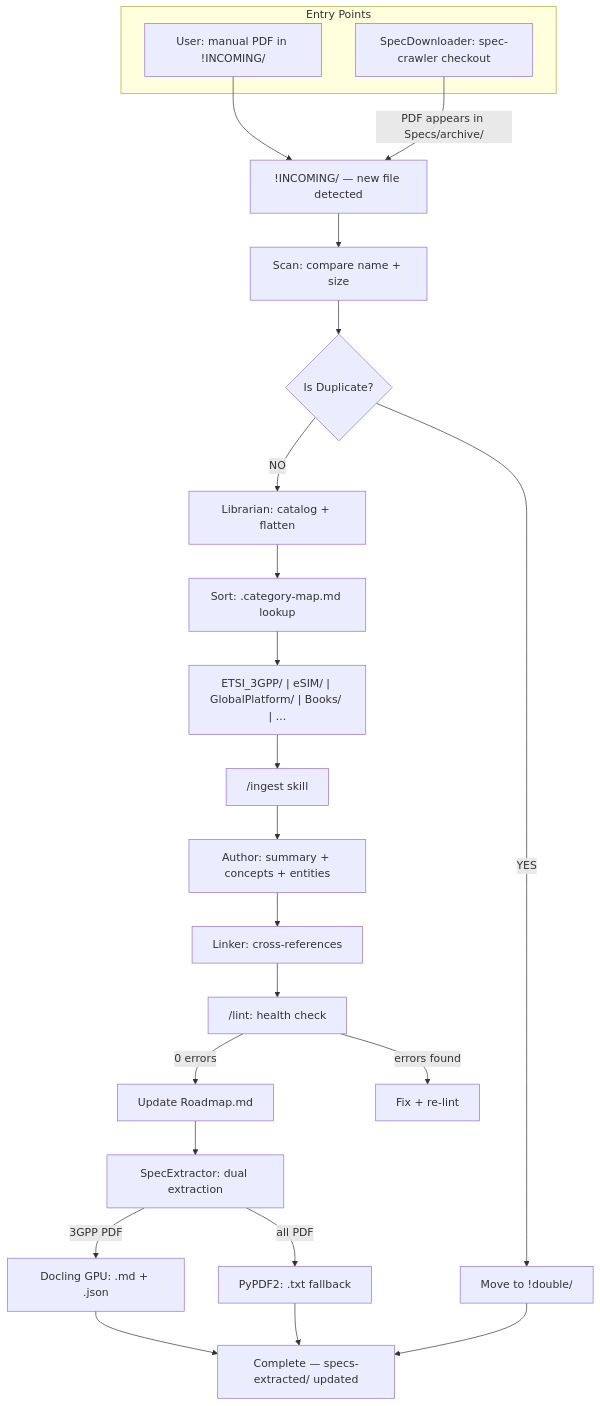
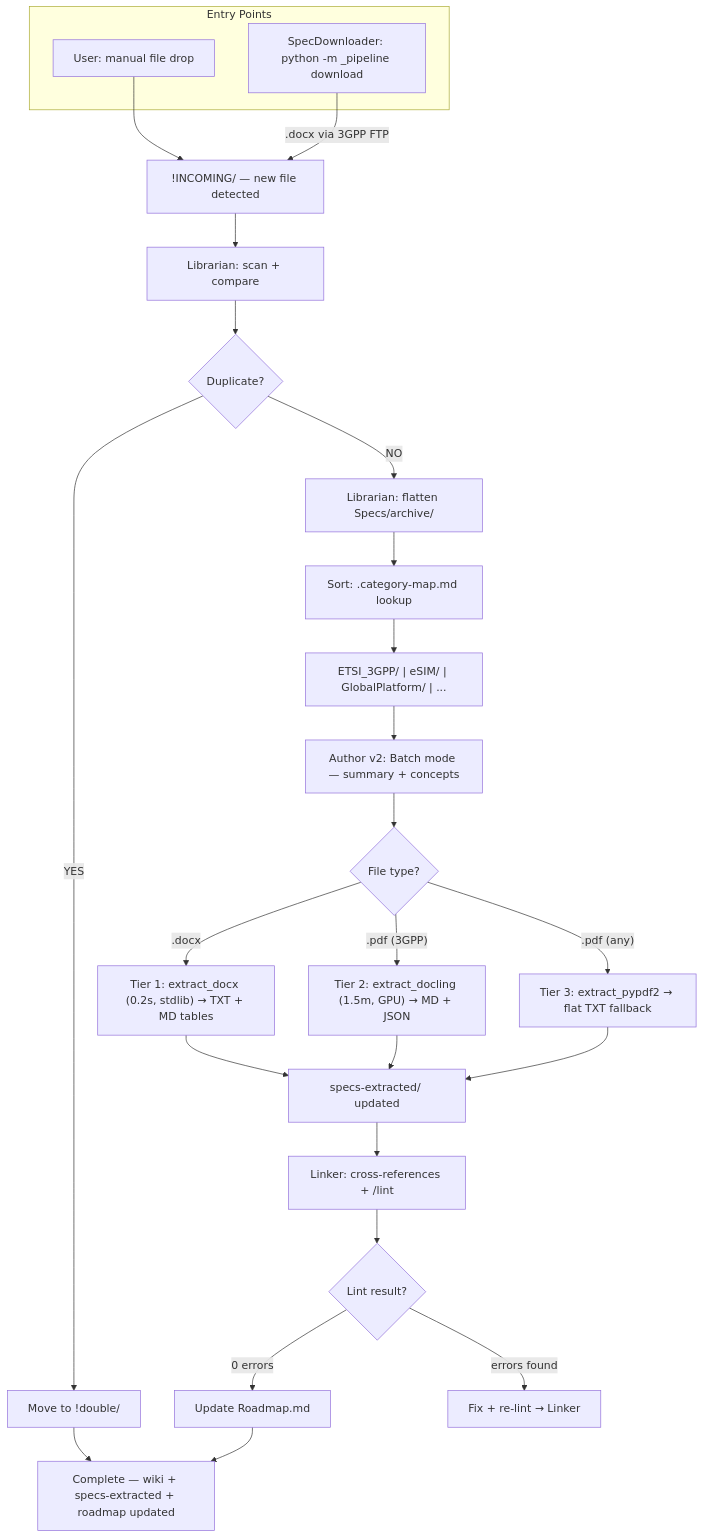
One commit to Say10Code/SpecKit changed the diagram in _tech/diagrams/incoming-pipeline.md. Above: the diagram before and after it, drawn with Mermaid. The commit also changed other lines of this file and 178 other files, not shown here.

````diff
--- a/_tech/diagrams/incoming-pipeline.md
+++ b/_tech/diagrams/incoming-pipeline.md
@@ -3,35 +5,40 @@
 ```mermaid
 flowchart TD
     subgraph "Entry Points"
-        USER["User: manual PDF in !INCOMING/"]
-        SD["SpecDownloader: spec-crawler checkout"]
+        USER["User: manual file drop"]
+        SD["SpecDownloader: python -m _pipeline download"]
     end
 
     USER --> INCOMING["!INCOMING/ — new file detected"]
-    SD -->|"PDF appears in Specs/archive/"| INCOMING
+    SD -->|".docx via 3GPP FTP"| INCOMING
 
-    INCOMING --> SCAN["Scan: compare name + size"]
+    INCOMING --> SCAN["Librarian: scan + compare"]
 
-    SCAN --> DUP{"Is Duplicate?"}
+    SCAN --> DUP{"Duplicate?"}
 
     DUP -->|"YES"| DOUBLE["Move to !double/"]
-    DUP -->|"NO"| LIBRARIAN["Librarian: catalog + flatten"]
+    DUP -->|"NO"| FLATTEN["Librarian: flatten Specs/archive/"]
 
-    LIBRARIAN --> SORT["Sort: .category-map.md lookup"]
+    FLATTEN --> SORT["Sort: .category-map.md lookup"]
+    SORT --> CATEGORIES["ETSI_3GPP/ | eSIM/ | GlobalPlatform/ | ..."]
 
-    SORT --> CATEGORIES["ETSI_3GPP/ | eSIM/ | GlobalPlatform/ | Books/ | ..."]
+    CATEGORIES --> AUTHOR["Author v2: Batch mode — summary + concepts"]
+    AUTHOR --> EXTRACT{"File type?"}
 
-    CATEGORIES --> INGEST["/ingest skill"]
-    INGEST --> AUTHOR["Author: summary + concepts + entities"]
-    AUTHOR --> LINKER["Linker: cross-references"]
-    LINKER --> LINT["/lint: health check"]
+    EXTRACT -->|".docx"| TIER1["Tier 1: extract_docx (0.2s, stdlib) → TXT + MD tables"]
+    EXTRACT -->|".pdf (3GPP)"| TIER2["Tier 2: extract_docling (1.5m, GPU) → MD + JSON"]
+    EXTRACT -->|".pdf (any)"| TIER3["Tier 3: extract_pypdf2 → flat TXT fallback"]
+
+    TIER1 --> EXTRACTED["specs-extracted/ updated"]
+    TIER2 --> EXTRACTED
+    TIER3 --> EXTRACTED
+
+    EXTRACTED --> LINKER["Linker: cross-references + /lint"]
+
+    LINKER --> LINT{"Lint result?"}
     LINT -->|"0 errors"| ROADMAP["Update Roadmap.md"]
-    LINT -->|"errors found"| FIX["Fix + re-lint"]
+    LINT -->|"errors found"| FIX["Fix + re-lint → Linker"]
 
-    ROADMAP --> EXTRACT["SpecExtractor: dual extraction"]
-    EXTRACT -->|"3GPP PDF"| DOCLING["Docling GPU: .md + .json"]
-    EXTRACT -->|"all PDF"| PYPDF2["PyPDF2: .txt fallback"]
-    DOCLING --> DONE["Complete — specs-extracted/ updated"]
-    PYPDF2 --> DONE
+    ROADMAP --> DONE["Complete — wiki + specs-extracted + roadmap updated"]
     DOUBLE --> DONE
 ```
````
